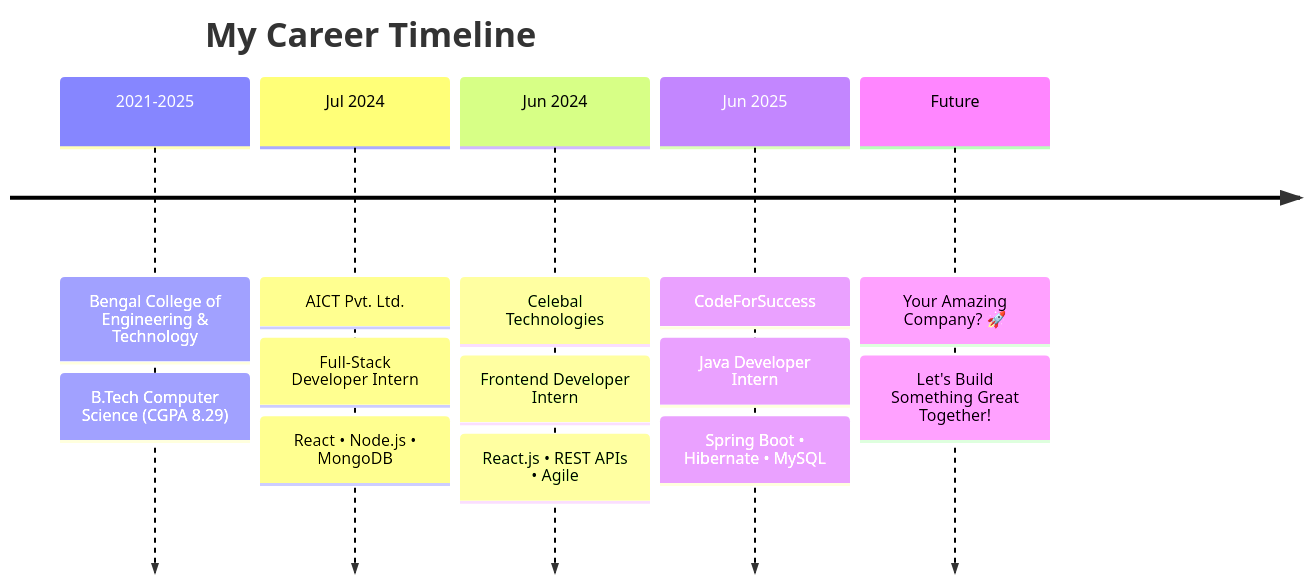
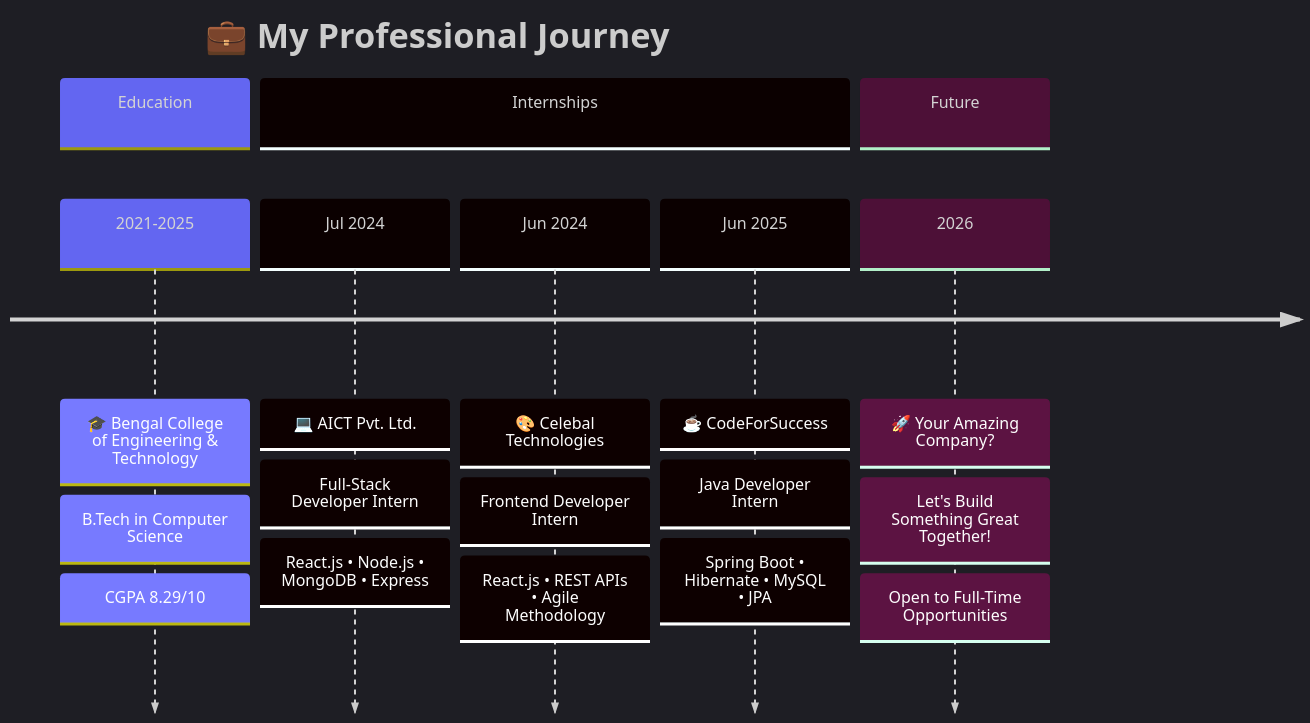
Before and after one commit to Ritikraja07/Ritikraja07: the diagram in README.md, drawn with Mermaid. The commit also changed other lines of this file, not shown here.

````diff
--- a/README.md
+++ b/README.md
@@ -227,17 +186,28 @@
 ```mermaid
+%%{init: {'theme':'dark', 'themeVariables': { 'primaryColor':'#6366f1','primaryTextColor':'#fff','primaryBorderColor':'#8b5cf6','lineColor':'#a78bfa','secondaryColor':'#ec4899','tertiaryColor':'#14b8a6','fontSize':'16px'}}}%%
 timeline
-    title My Career Timeline
-    2021-2025 : Bengal College of Engineering & Technology
-              : B.Tech Computer Science (CGPA 8.29)
-    Jul 2024 : AICT Pvt. Ltd.
-             : Full-Stack Developer Intern
-             : React • Node.js • MongoDB
-    Jun 2024 : Celebal Technologies
-             : Frontend Developer Intern
-             : React.js • REST APIs • Agile
-    Jun 2025 : CodeForSuccess
-             : Java Developer Intern
-             : Spring Boot • Hibernate • MySQL
-    Future : Your Amazing Company? 🚀
-           : Let's Build Something Great Together!
+    title 💼 My Professional Journey
+    
+    section Education
+        2021-2025 : 🎓 Bengal College of Engineering & Technology
+                  : B.Tech in Computer Science
+                  : CGPA 8.29/10
+    
+    section Internships
+        Jul 2024 : 💻 AICT Pvt. Ltd.
+                 : Full-Stack Developer Intern
+                 : React.js • Node.js • MongoDB • Express
+        
+        Jun 2024 : 🎨 Celebal Technologies
+                 : Frontend Developer Intern
+                 : React.js • REST APIs • Agile Methodology
+        
+        Jun 2025 : ☕ CodeForSuccess
+                 : Java Developer Intern
+                 : Spring Boot • Hibernate • MySQL • JPA
+    
+    section Future
+        2026 : 🚀 Your Amazing Company?
+             : Let's Build Something Great Together!
+             : Open to Full-Time Opportunities
 ```
````
